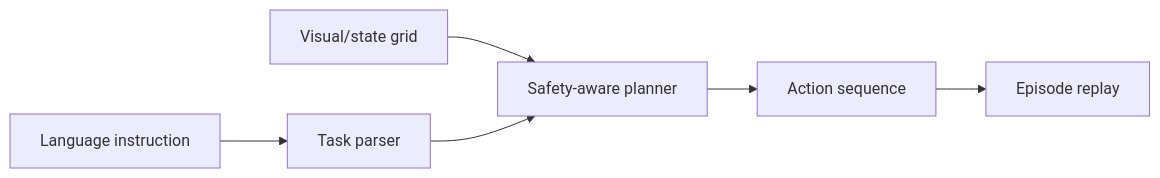
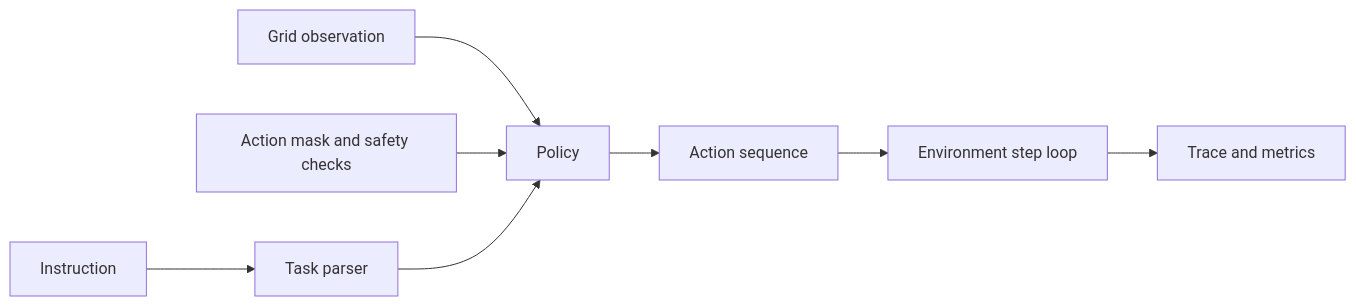
The diagram in projects/vla-embodied-agent-simulator/README.md (josiahsutd-stack/ai-portfolio), drawn with Mermaid before and after one commit. The commit also changed other lines of this file and 18 other files, not shown here.

````diff
--- a/projects/vla-embodied-agent-simulator/README.md
+++ b/projects/vla-embodied-agent-simulator/README.md
@@ -30,8 +52,10 @@
 ```mermaid
 flowchart LR
-  A["Language instruction"] --> B["Task parser"]
-  C["Visual/state grid"] --> D["Safety-aware planner"]
+  A["Instruction"] --> B["Task parser"]
+  C["Grid observation"] --> D["Policy"]
+  E["Action mask and safety checks"] --> D
   B --> D
-  D --> E["Action sequence"]
-  E --> F["Episode replay"]
+  D --> F["Action sequence"]
+  F --> G["Environment step loop"]
+  G --> H["Trace and metrics"]
 ```
````
